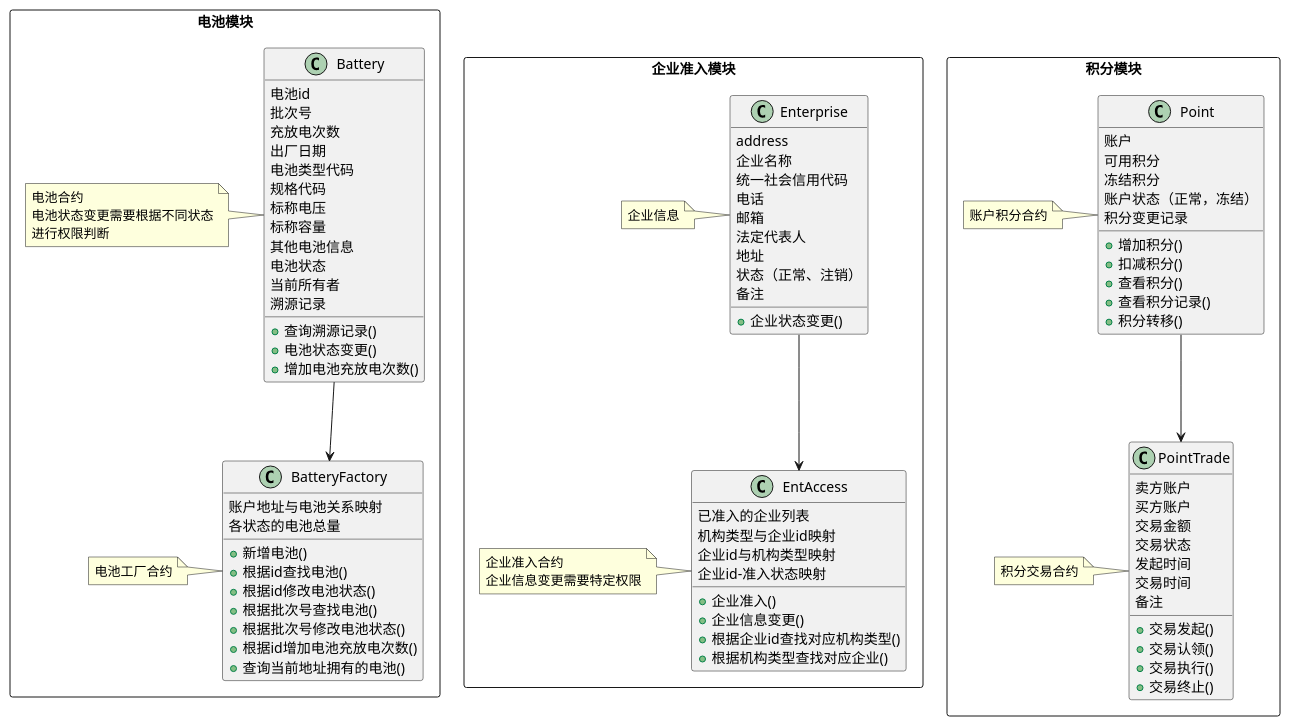
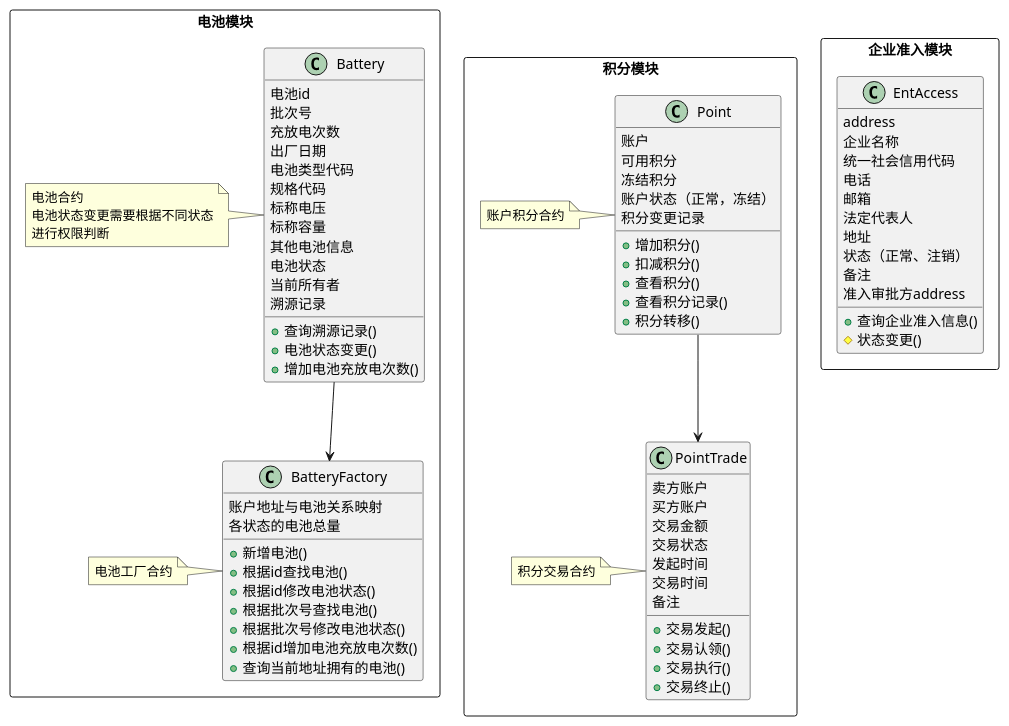
One commit to cmgun/B-Recycle changed the diagram in docs/合约结构.puml. Above: the diagram before and after it, drawn with PlantUML. The commit also changed 24 other files, not shown here.

```diff
--- a/docs/合约结构.puml
+++ b/docs/合约结构.puml
@@ -1,133 +1,132 @@
 @startuml
 'https://plantuml.com/class-diagram
 
 '电池溯源模块
 package 电池模块 <<Rectangle>> {
 class Battery {
 电池id
 批次号
 充放电次数
 出厂日期
 电池类型代码
 规格代码
 标称电压
 标称容量
 其他电池信息
 电池状态
 当前所有者
 溯源记录
 + 查询溯源记录()
 + 电池状态变更()
 + 增加电池充放电次数()
 }
 note left of Battery
 电池合约
 电池状态变更需要根据不同状态
 进行权限判断
 end note
 
 class BatteryFactory {
 '电池列表
 账户地址与电池关系映射
 各状态的电池总量
 
 + 新增电池()
 + 根据id查找电池()
 + 根据id修改电池状态()
 + 根据批次号查找电池()
 + 根据批次号修改电池状态()
 + 根据id增加电池充放电次数()
 + 查询当前地址拥有的电池()
 }
 note left of BatteryFactory
 电池工厂合约
 end note
 
 
 Battery --> BatteryFactory
 
 }
 
 
 '机构准入模块
 package 企业准入模块 <<Rectangle>> {
-class Enterprise {
+class EntAccess {
 address
 企业名称
 统一社会信用代码
 电话
 邮箱
 法定代表人
 地址
 状态（正常、注销）
 备注
+准入审批方address
 
-+ 企业状态变更()
++ 查询企业准入信息()
+# 状态变更()
 }
-note left of Enterprise
-企业信息
-end note
 
-class EntAccess {
-已准入的企业列表
-机构类型与企业id映射
-企业id与机构类型映射
-企业id-准入状态映射
-
-+ 企业准入()
-+ 企业信息变更()
-+ 根据企业id查找对应机构类型()
-+ 根据机构类型查找对应企业()
-}
-note left of EntAccess
-企业准入合约
-企业信息变更需要特定权限
-end note
-
-Enterprise --> EntAccess
+'class EntAccess {
+'已准入的企业列表
+'机构类型与企业id映射
+'企业id与机构类型映射
+'企业id-准入状态映射
+'
+'+ 企业准入()
+'+ 企业信息变更()
+'+ 根据企业id查找对应机构类型()
+'+ 根据机构类型查找对应企业()
+'}
+'note left of EntAccess
+'企业准入合约
+'企业信息变更需要特定权限
+'end note
+'
+'Enterprise --> EntAccess
 
 }
 
 '积分模块
 package 积分模块 <<Rectangle>> {
 class Point {
 账户
 可用积分
 冻结积分
 账户状态（正常，冻结）
 积分变更记录
 
 + 增加积分()
 + 扣减积分()
 + 查看积分()
 + 查看积分记录()
 + 积分转移()
 }
 note left of Point
 账户积分合约
 end note
 
 class PointTrade {
 卖方账户
 买方账户
 交易金额
 交易状态
 发起时间
 交易时间
 备注
 
 + 交易发起()
 + 交易认领()
 + 交易执行()
 + 交易终止()
 }
 note left of PointTrade
 积分交易合约
 end note
 
 Point --> PointTrade
 }
 
 
 
 @enduml
```
